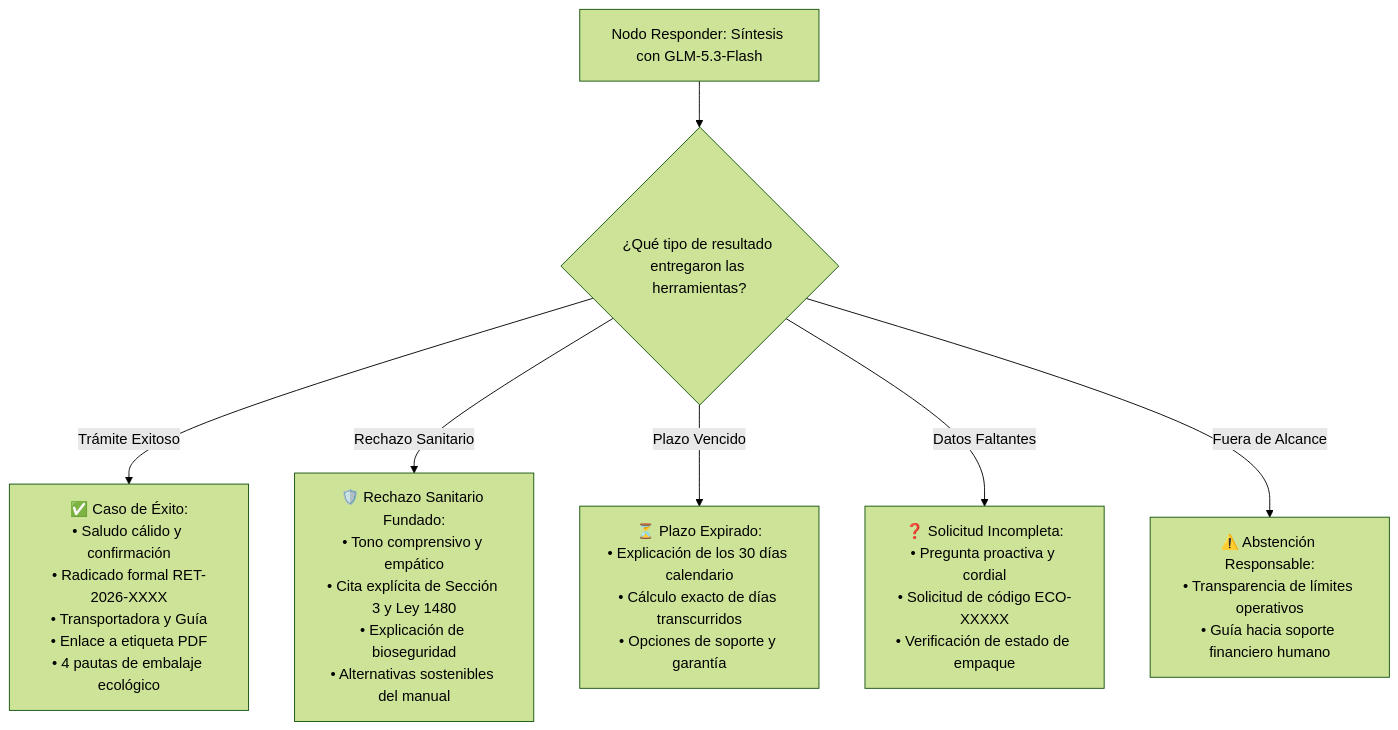
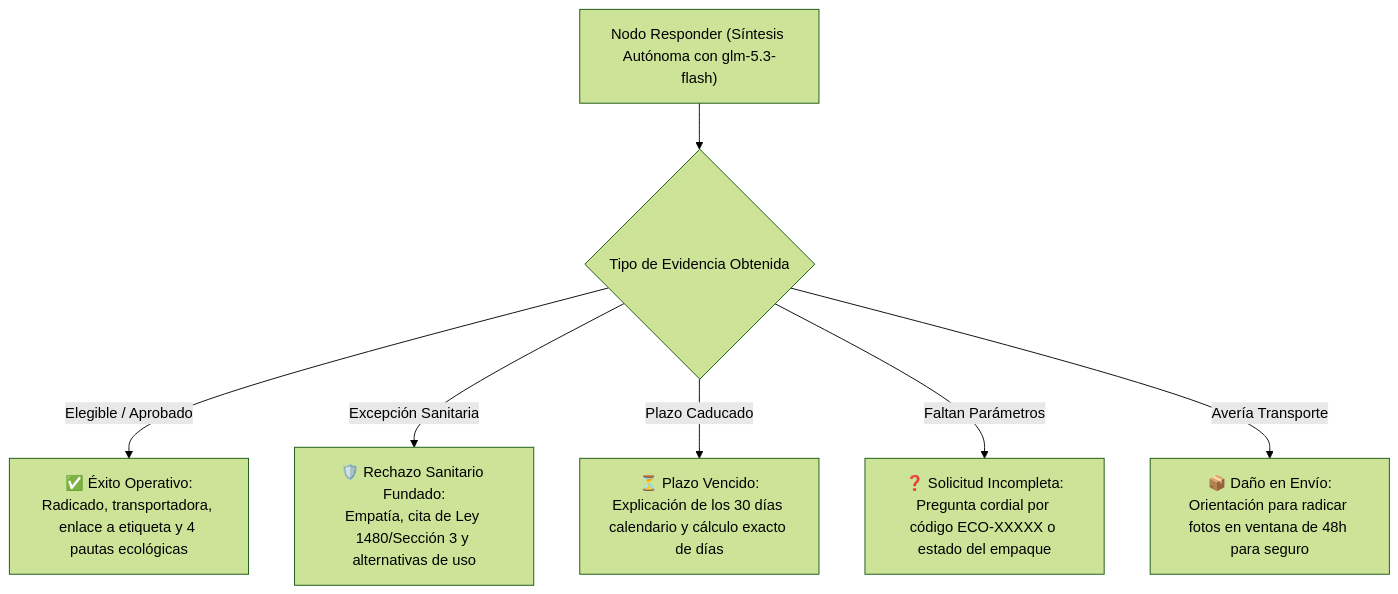
One commit to Pipicano25/Taller-EcoMarket-Agente changed the fourth of 5 diagrams in caso_de_estudio_taller_final.md. Above: the diagram before and after it, drawn with Mermaid (forest theme). The commit also changed other lines of this file and 1 other file, not shown here.

Commit message:
docs: completar informe caso de estudio (Fases 1-4) y conclusiones en notebook

````diff
--- a/caso_de_estudio_taller_final.md
+++ b/caso_de_estudio_taller_final.md
@@ -349,31 +334,10 @@
 ```mermaid
 flowchart TD
-    RespNode[Nodo Responder: Síntesis con GLM-5.3-Flash] --> Analisis{¿Qué tipo de resultado entregaron las herramientas?}
+    RespNode["Nodo Responder (Síntesis Autónoma con glm-5.3-flash)"] --> Analisis{Tipo de Evidencia Obtenida}
     
-    Analisis -- "Trámite Exitoso" --> FormatoExito["✅ Caso de Éxito:
-• Saludo cálido y confirmación
-• Radicado formal RET-2026-XXXX
-• Transportadora y Guía
-• Enlace a etiqueta PDF
-• 4 pautas de embalaje ecológico"]
-
-    Analisis -- "Rechazo Sanitario" --> FormatoSanitario["🛡️ Rechazo Sanitario Fundado:
-• Tono comprensivo y empático
-• Cita explícita de Sección 3 y Ley 1480
-• Explicación de bioseguridad
-• Alternativas sostenibles del manual"]
-
-    Analisis -- "Plazo Vencido" --> FormatoPlazo["⏳ Plazo Expirado:
-• Explicación de los 30 días calendario
-• Cálculo exacto de días transcurridos
-• Opciones de soporte y garantía"]
-
-    Analisis -- "Datos Faltantes" --> FormatoIncompleto["❓ Solicitud Incompleta:
-• Pregunta proactiva y cordial
-• Solicitud de código ECO-XXXXX
-• Verificación de estado de empaque"]
-
-    Analisis -- "Fuera de Alcance" --> FormatoAbstencion["⚠️ Abstención Responsable:
-• Transparencia de límites operativos
-• Guía hacia soporte financiero humano"]
+    Analisis -- "Elegible / Aprobado" --> FormatoExito["✅ Éxito Operativo:<br/>Radicado, transportadora, enlace a etiqueta y 4 pautas ecológicas"]
+    Analisis -- "Excepción Sanitaria" --> FormatoSanitario["🛡️ Rechazo Sanitario Fundado:<br/>Empatía, cita de Ley 1480/Sección 3 y alternativas de uso"]
+    Analisis -- "Plazo Caducado" --> FormatoPlazo["⏳ Plazo Vencido:<br/>Explicación de los 30 días calendario y cálculo exacto de días"]
+    Analisis -- "Faltan Parámetros" --> FormatoIncompleto["❓ Solicitud Incompleta:<br/>Pregunta cordial por código ECO-XXXXX o estado del empaque"]
+    Analisis -- "Avería Transporte" --> FormatoEscala["📦 Daño en Envío:<br/>Orientación para radicar fotos en ventana de 48h para seguro"]
 ```
````
